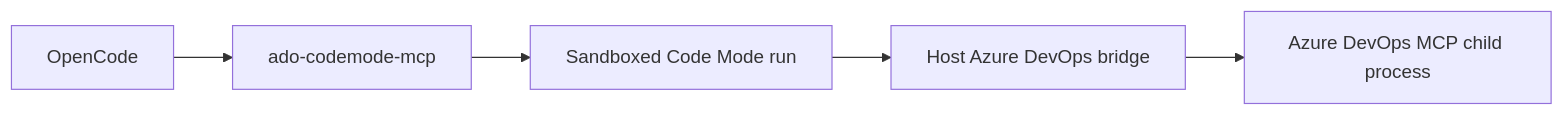
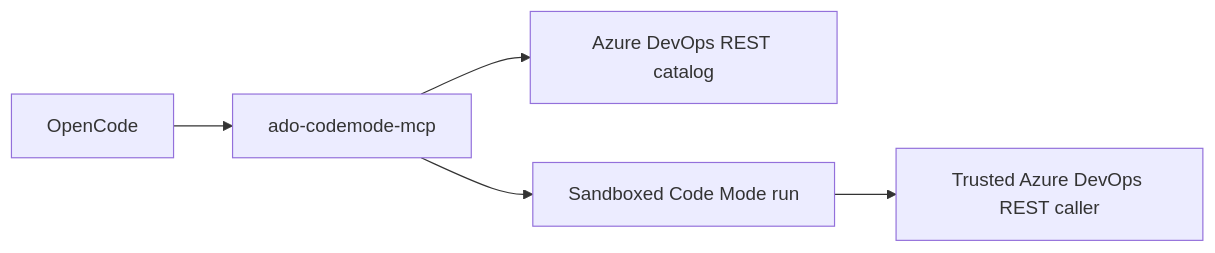
Before and after one commit to DrBushyTop/ado-codemode-mcp: the diagram in apps/ado-codemode-mcp/README.md, drawn with Mermaid. The commit also changed other lines of this file and 11 other files, not shown here.

````diff
--- a/apps/ado-codemode-mcp/README.md
+++ b/apps/ado-codemode-mcp/README.md
@@ -25,13 +24,13 @@
 ```mermaid
 flowchart LR
     OC[OpenCode]
     MCP[ado-codemode-mcp]
+    CATALOG[Azure DevOps REST catalog]
     SANDBOX[Sandboxed Code Mode run]
-    BRIDGE[Host Azure DevOps bridge]
-    ADO[Azure DevOps MCP child process]
+    API[Trusted Azure DevOps REST caller]
 
     OC --> MCP
+    MCP --> CATALOG
     MCP --> SANDBOX
-    SANDBOX --> BRIDGE
-    BRIDGE --> ADO
+    SANDBOX --> API
 ```
````
